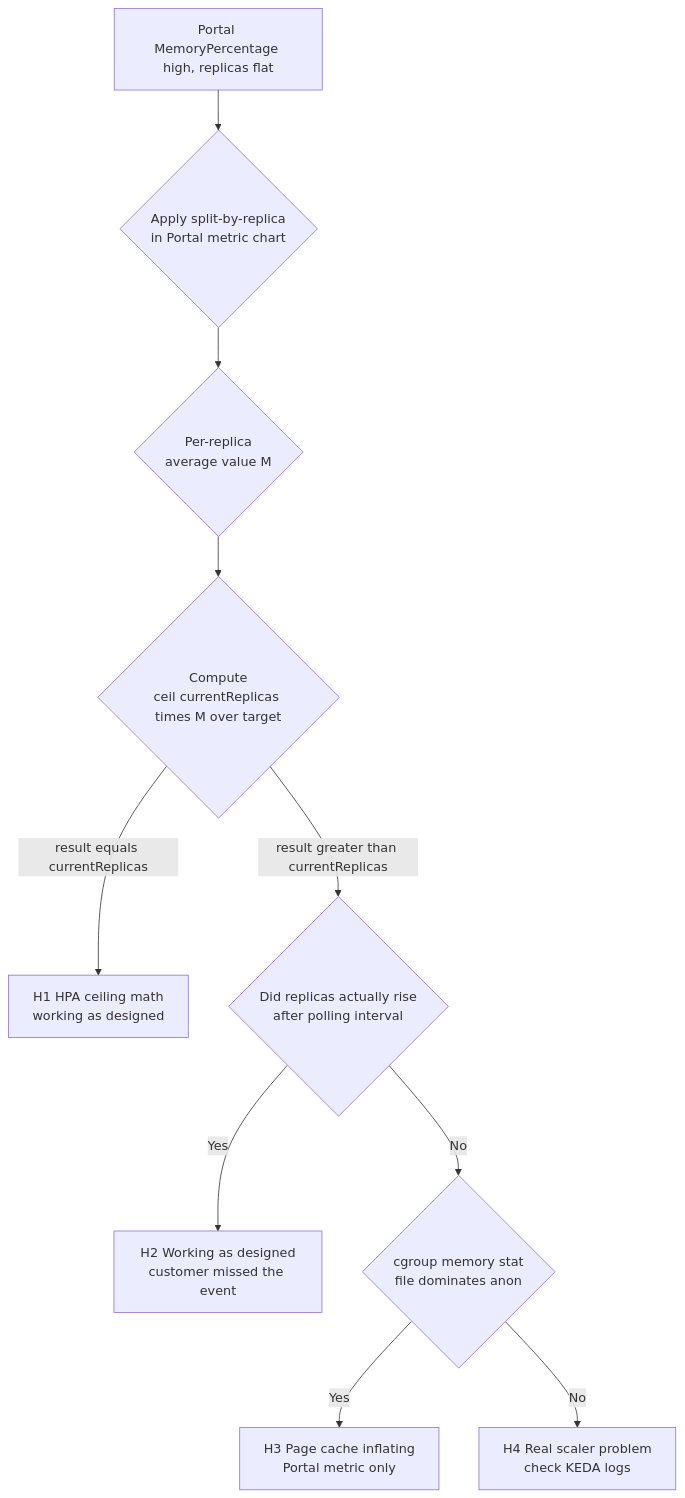
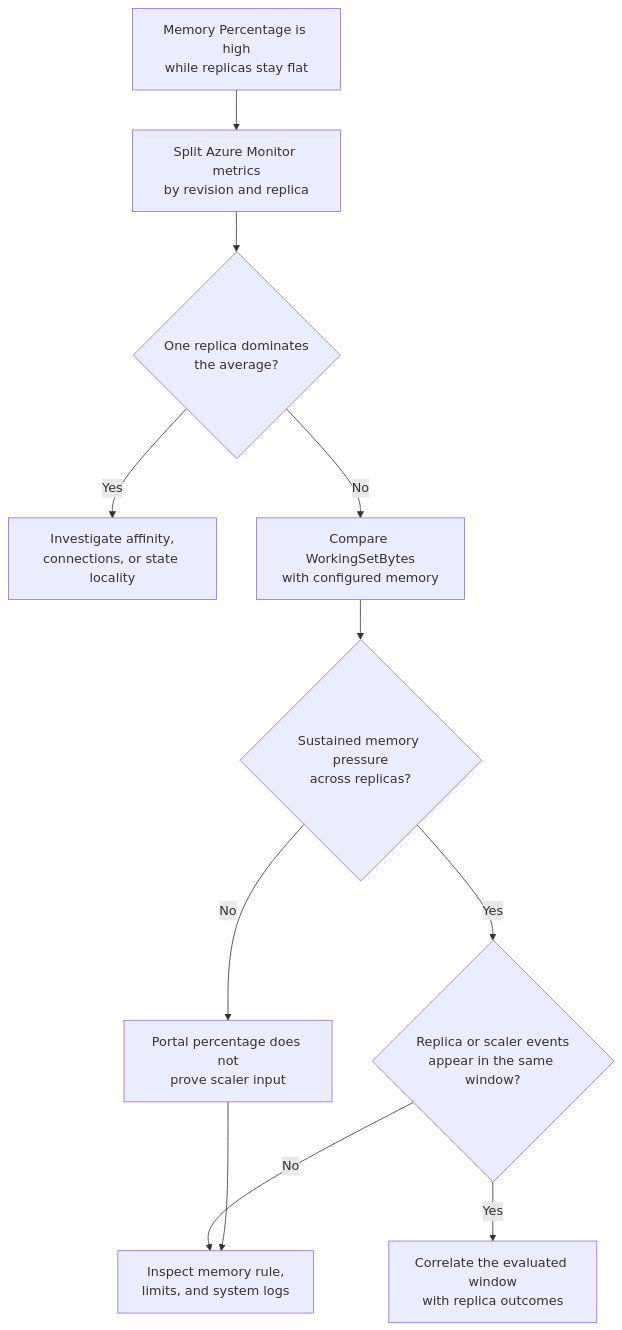
One commit to yeongseon/azure-container-apps-practical-guide changed the diagram in docs/troubleshooting/playbooks/scaling-and-runtime/memory-percentage-vs-keda-utilization.md. Above: the diagram before and after it, drawn with Mermaid. The commit also changed other lines of this file and 28 other files, not shown here.

Commit message:
docs(diagrams): migrate playbook diagnostic flows (#627)

````diff
--- a/docs/troubleshooting/playbooks/scaling-and-runtime/memory-percentage-vs-keda-utilization.md
+++ b/docs/troubleshooting/playbooks/scaling-and-runtime/memory-percentage-vs-keda-utilization.md
@@ -83,12 +76,16 @@
 ```mermaid
 flowchart TD
-    A[Portal MemoryPercentage high, replicas flat] --> B{Apply split-by-replica<br/>in Portal metric chart}
-    B --> C{Per-replica<br/>average value M}
-    C --> D{Compute<br/>ceil currentReplicas times M over target}
-    D -->|result equals currentReplicas| H1[H1 HPA ceiling math<br/>working as designed]
-    D -->|result greater than currentReplicas| E{Did replicas actually rise<br/>after polling interval}
-    E -->|Yes| H2[H2 Working as designed<br/>customer missed the event]
-    E -->|No| F{cgroup memory stat<br/>file dominates anon}
-    F -->|Yes| H3[H3 Page cache inflating<br/>Portal metric only]
-    F -->|No| H4[H4 Real scaler problem<br/>check KEDA logs]
+    accTitle: Compare Azure Monitor memory with scaler behavior
+    accDescr: Split memory metrics by replica, distinguish Azure Monitor capacity indicators from the scaler's evaluated signal, and correlate replica changes with system logs before declaring a scaler failure.
+
+    START[Memory Percentage is high<br/>while replicas stay flat] --> SPLIT[Split Azure Monitor metrics<br/>by revision and replica]
+    SPLIT --> IMBALANCE{One replica dominates<br/>the average?}
+    IMBALANCE -->|Yes| DISTRIBUTION[Investigate affinity,<br/>connections, or state locality]
+    IMBALANCE -->|No| WORKINGSET[Compare WorkingSetBytes<br/>with configured memory]
+    WORKINGSET --> PRESSURE{Sustained memory pressure<br/>across replicas?}
+    PRESSURE -->|No| PIPELINE[Portal percentage does not<br/>prove scaler input]
+    PRESSURE -->|Yes| EVENTS{Replica or scaler events<br/>appear in the same window?}
+    EVENTS -->|Yes| OBSERVED[Correlate the evaluated window<br/>with replica outcomes]
+    EVENTS -->|No| RULE[Inspect memory rule,<br/>limits, and system logs]
+    PIPELINE --> RULE
 ```
````
